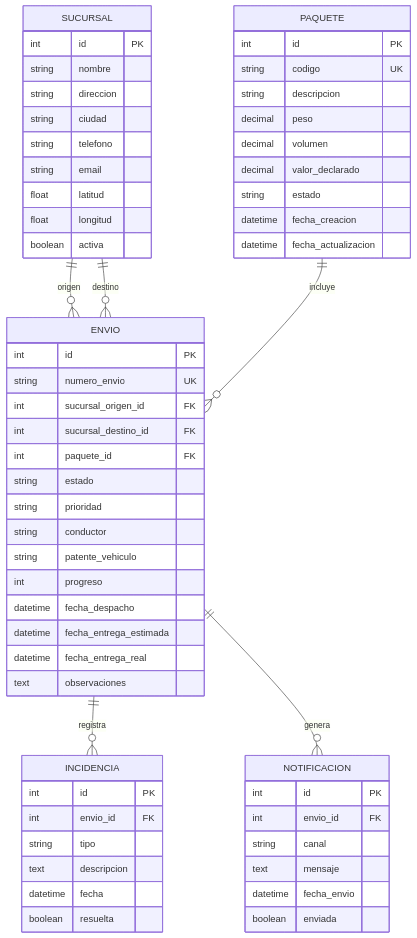
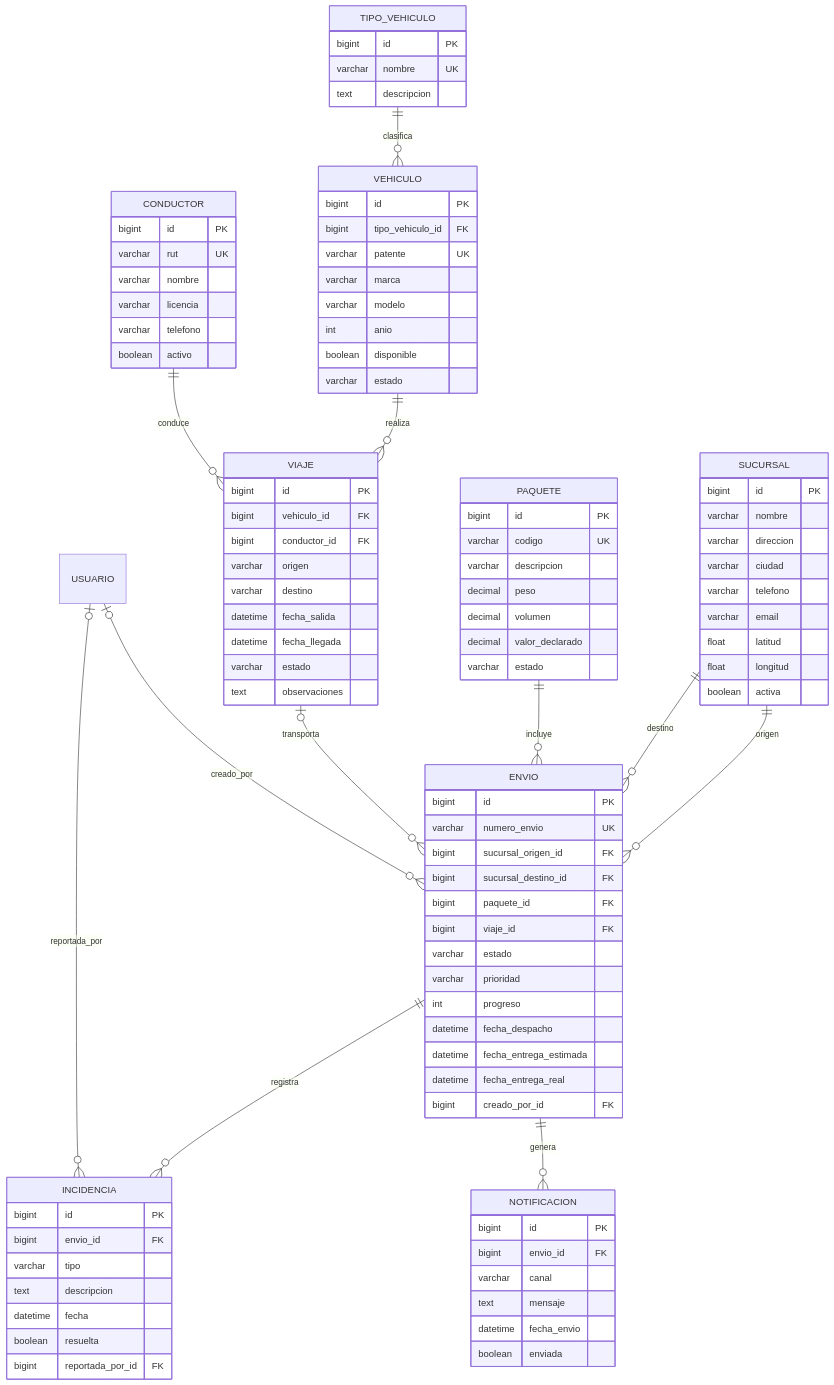
The diagram in README.md (maxsteel19/musicpro-courier), drawn with Mermaid before and after one commit. The commit also changed other lines of this file and 90 other files, not shown here.

````diff
--- a/README.md
+++ b/README.md
@@ -58,65 +76,99 @@
 ```mermaid
 erDiagram
-    SUCURSAL ||--o{ ENVIO : origen
-    SUCURSAL ||--o{ ENVIO : destino
+    SUCURSAL ||--o{ ENVIO : "origen"
+    SUCURSAL ||--o{ ENVIO : "destino"
     PAQUETE ||--o{ ENVIO : incluye
+    VIAJE |o--o{ ENVIO : transporta
+    TIPO_VEHICULO ||--o{ VEHICULO : clasifica
+    VEHICULO ||--o{ VIAJE : realiza
+    CONDUCTOR ||--o{ VIAJE : conduce
     ENVIO ||--o{ INCIDENCIA : registra
     ENVIO ||--o{ NOTIFICACION : genera
+    USUARIO |o--o{ ENVIO : "creado_por"
+    USUARIO |o--o{ INCIDENCIA : "reportada_por"
 
+    TIPO_VEHICULO {
+        bigint id PK
+        varchar nombre UK
+        text descripcion
+    }
+    VEHICULO {
+        bigint id PK
+        bigint tipo_vehiculo_id FK
+        varchar patente UK
+        varchar marca
+        varchar modelo
+        int anio
+        boolean disponible
+        varchar estado
+    }
+    CONDUCTOR {
+        bigint id PK
+        varchar rut UK
+        varchar nombre
+        varchar licencia
+        varchar telefono
+        boolean activo
+    }
+    VIAJE {
+        bigint id PK
+        bigint vehiculo_id FK
+        bigint conductor_id FK
+        varchar origen
+        varchar destino
+        datetime fecha_salida
+        datetime fecha_llegada
+        varchar estado
+        text observaciones
+    }
     SUCURSAL {
-        int id PK
-        string nombre
-        string direccion
-        string ciudad
-        string telefono
-        string email
+        bigint id PK
+        varchar nombre
+        varchar direccion
+        varchar ciudad
+        varchar telefono
+        varchar email
         float latitud
         float longitud
         boolean activa
     }
-
     PAQUETE {
-        int id PK
-        string codigo UK
-        string descripcion
+        bigint id PK
+        varchar codigo UK
+        varchar descripcion
         decimal peso
         decimal volumen
         decimal valor_declarado
-        string estado
-        datetime fecha_creacion
-        datetime fecha_actualizacion
+        varchar estado
     }
-
     ENVIO {
-        int id PK
-        string numero_envio UK
-        int sucursal_origen_id FK
-        int sucursal_destino_id FK
-        int paquete_id FK
-        string estado
-        string prioridad
-        string conductor
-        string patente_vehiculo
+        bigint id PK
+        varchar numero_envio UK
+        bigint sucursal_origen_id FK
+        bigint sucursal_destino_id FK
+        bigint paquete_id FK
+        bigint viaje_id FK
+        varchar estado
+        varchar prioridad
         int progreso
         datetime fecha_despacho
         datetime fecha_entrega_estimada
         datetime fecha_entrega_real
-        text observaciones
+        bigint creado_por_id FK
     }
-
     INCIDENCIA {
-        int id PK
-        int envio_id FK
-        string tipo
+        bigint id PK
+        bigint envio_id FK
+        varchar tipo
         text descripcion
         datetime fecha
         boolean resuelta
+        bigint reportada_por_id FK
     }
-
     NOTIFICACION {
-        int id PK
-        int envio_id FK
-        string canal
+        bigint id PK
+        bigint envio_id FK
+        varchar canal
         text mensaje
         datetime fecha_envio
         boolean enviada
````
